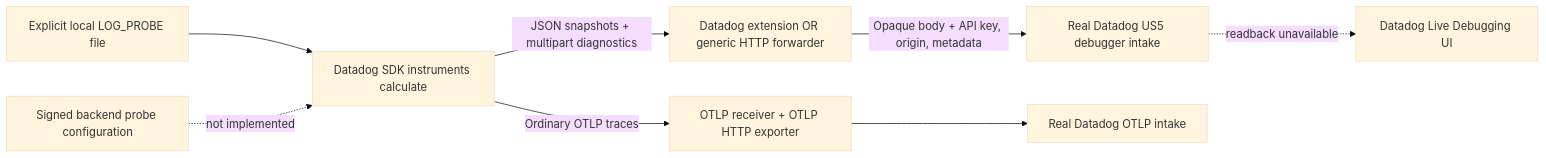
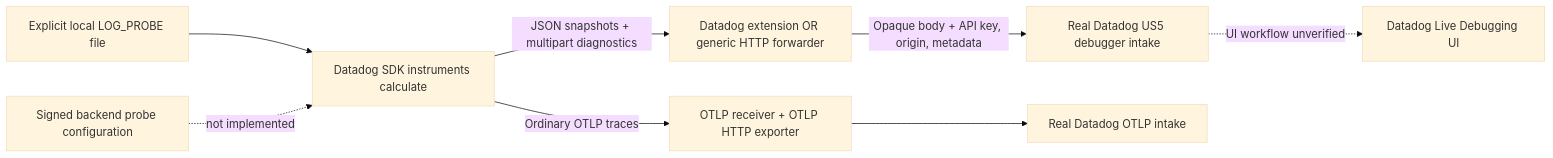
The diagram in research/implementation/live-debugging/README.md (dineshg13/opentelemetry-collector-contrib), drawn with Mermaid (base theme) before and after one commit. The commit also changed other lines of this file, not shown here.

Commit message:
docs: record authenticated backend readback

````diff
--- a/research/implementation/live-debugging/README.md
+++ b/research/implementation/live-debugging/README.md
@@ -15,10 +19,10 @@
 ```mermaid
 flowchart LR
     FILE[Explicit local LOG_PROBE file] --> SDK[Datadog SDK instruments calculate]
     SDK -->|JSON snapshots + multipart diagnostics| PROXY[Datadog extension OR generic HTTP forwarder]
     PROXY -->|Opaque body + API key, origin, metadata| INTAKE[Real Datadog US5 debugger intake]
     SDK -->|Ordinary OTLP traces| OTLP[OTLP receiver + OTLP HTTP exporter]
     OTLP --> DD[Real Datadog OTLP intake]
     RC[Signed backend probe configuration] -. not implemented .-> SDK
-    INTAKE -. readback unavailable .-> UI[Datadog Live Debugging UI]
+    INTAKE -. UI workflow unverified .-> UI[Datadog Live Debugging UI]
 ```
````
